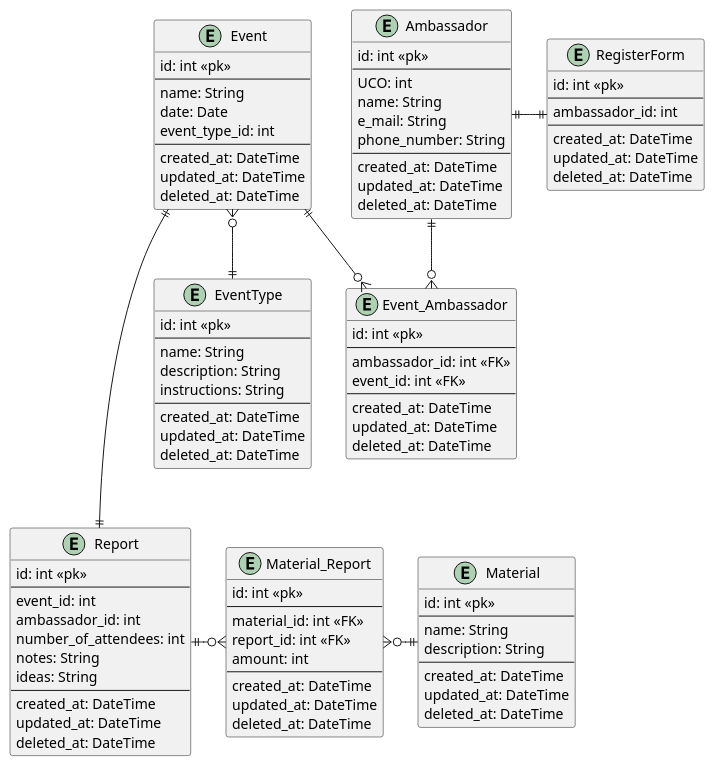
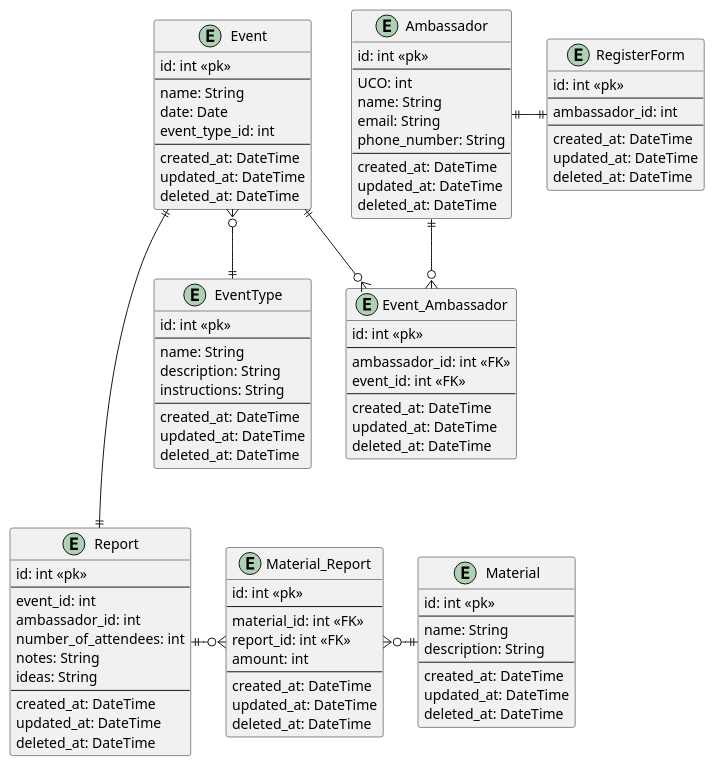
One commit to barhorkaa/ambassadors changed the diagram in diagrams/erd.puml. Above: the diagram before and after it, drawn with PlantUML.

Commit message:
fix(erd): removed _ from email

```diff
--- a/diagrams/erd.puml
+++ b/diagrams/erd.puml
@@ -1,118 +1,118 @@
 @startuml
 'https://plantuml.com/entity-diagram
 
 entity RegisterForm {
   id: int <<pk>>
   --
   ambassador_id: int
   'answers
   --
   created_at: DateTime
   updated_at: DateTime
   deleted_at: DateTime
 }
 
 entity Ambassador {
   id: int <<pk>>
   --
   UCO: int
   name: String
-  e_mail: String
+  email: String
   phone_number: String
   --
   created_at: DateTime
   updated_at: DateTime
   deleted_at: DateTime
 }
 
 entity Event {
   id: int <<pk>>
   --
   name: String
   date: Date
   event_type_id: int
   --
   created_at: DateTime
   updated_at: DateTime
   deleted_at: DateTime
 }
 
 entity EventType {
   id: int <<pk>>
   --
   name: String
   description: String
   instructions: String
   --
   created_at: DateTime
   updated_at: DateTime
   deleted_at: DateTime
 }
 
 entity Event_Ambassador {
   id: int <<pk>>
   --
   ambassador_id: int <<FK>>
   event_id: int <<FK>>
   --
   created_at: DateTime
   updated_at: DateTime
   deleted_at: DateTime
 }
 
 entity Report {
   id: int <<pk>>
   --
   event_id: int
   ambassador_id: int
   number_of_attendees: int
 'photos
   notes: String
   ideas: String
   --
   created_at: DateTime
   updated_at: DateTime
   deleted_at: DateTime
 }
 
 'enum EventTypes {
 '  SCHOOL
 '  EXPO
 '  OPENDAY
 '  GAUDEAMUS
 '  ...
 '}
 
 entity Material_Report {
   id: int <<pk>>
   --
   material_id: int <<FK>>
   report_id: int <<FK>>
   amount: int
   --
   created_at: DateTime
   updated_at: DateTime
   deleted_at: DateTime
 }
 
 entity Material {
   id: int <<pk>>
   --
   name: String
   description: String
   --
   created_at: DateTime
   updated_at: DateTime
   deleted_at: DateTime
 }
 
 Report ||-o{ Material_Report
 Material_Report }o-|| Material
 Event ||---|| Report
 
 Ambassador ||-|| RegisterForm
 Ambassador ||--o{ Event_Ambassador
 Event ||--o{ Event_Ambassador
 Event }o--|| EventType
 
 @enduml
```
